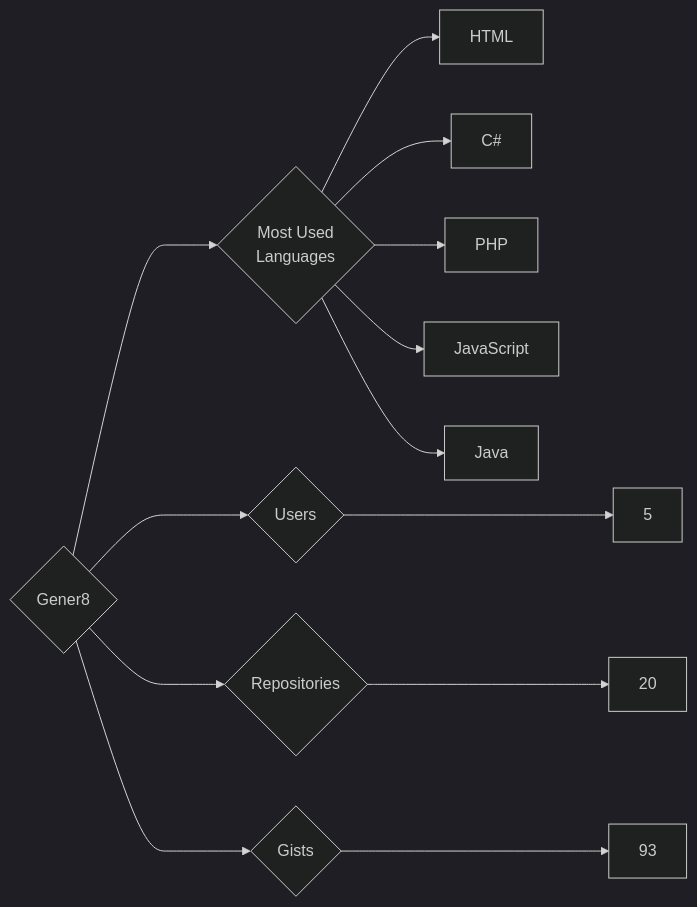
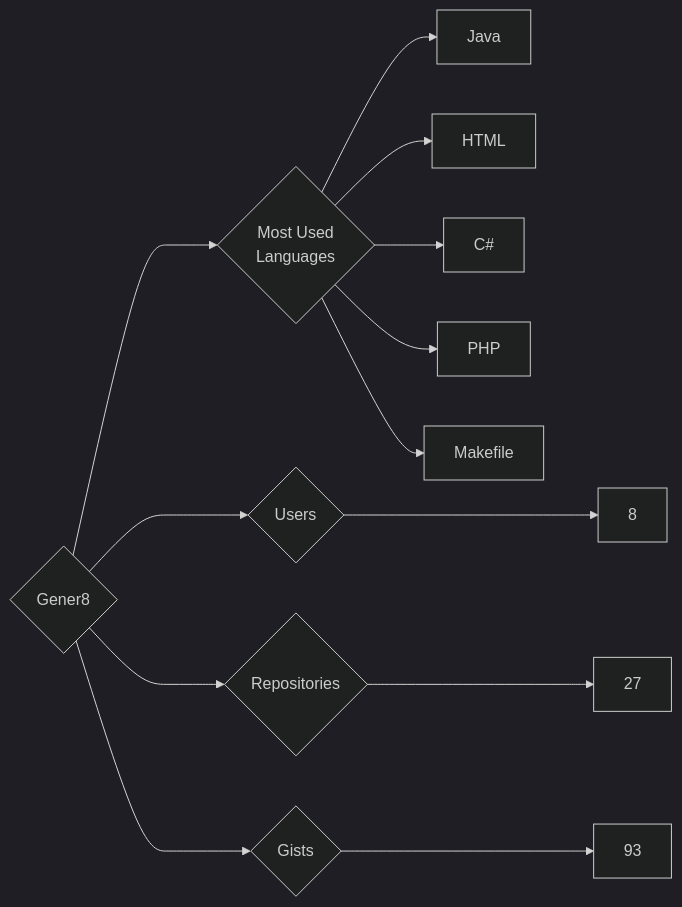
One commit to trickest/insiders changed the diagram in targets/Gener8/README.md. Above: the diagram before and after it, drawn with Mermaid (dark theme). The commit also changed 814 other files, not shown here.

````diff
--- a/targets/Gener8/README.md
+++ b/targets/Gener8/README.md
@@ -3,13 +3,13 @@
 ```mermaid
 graph LR
 COMPANY_NAME{Gener8}
-COMPANY_NAME ---> U{Users} ---> UN[5]
-COMPANY_NAME ---> R{Repositories} ---> RN[20]
+COMPANY_NAME ---> U{Users} ---> UN[8]
+COMPANY_NAME ---> R{Repositories} ---> RN[27]
 COMPANY_NAME ---> G{Gists} ---> GN[93]
 COMPANY_NAME ---> ML{Most Used<br>Languages}
+ML --> Java[Java]
 ML --> HTML[HTML]
 ML --> C#[C#]
 ML --> PHP[PHP]
-ML --> JavaScript[JavaScript]
-ML --> Java[Java]
+ML --> Makefile[Makefile]
 ```
````
